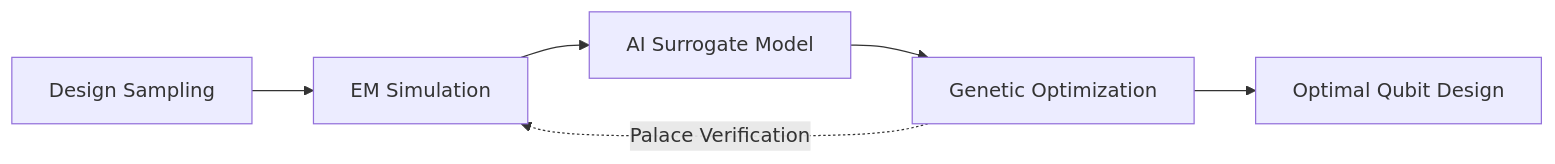
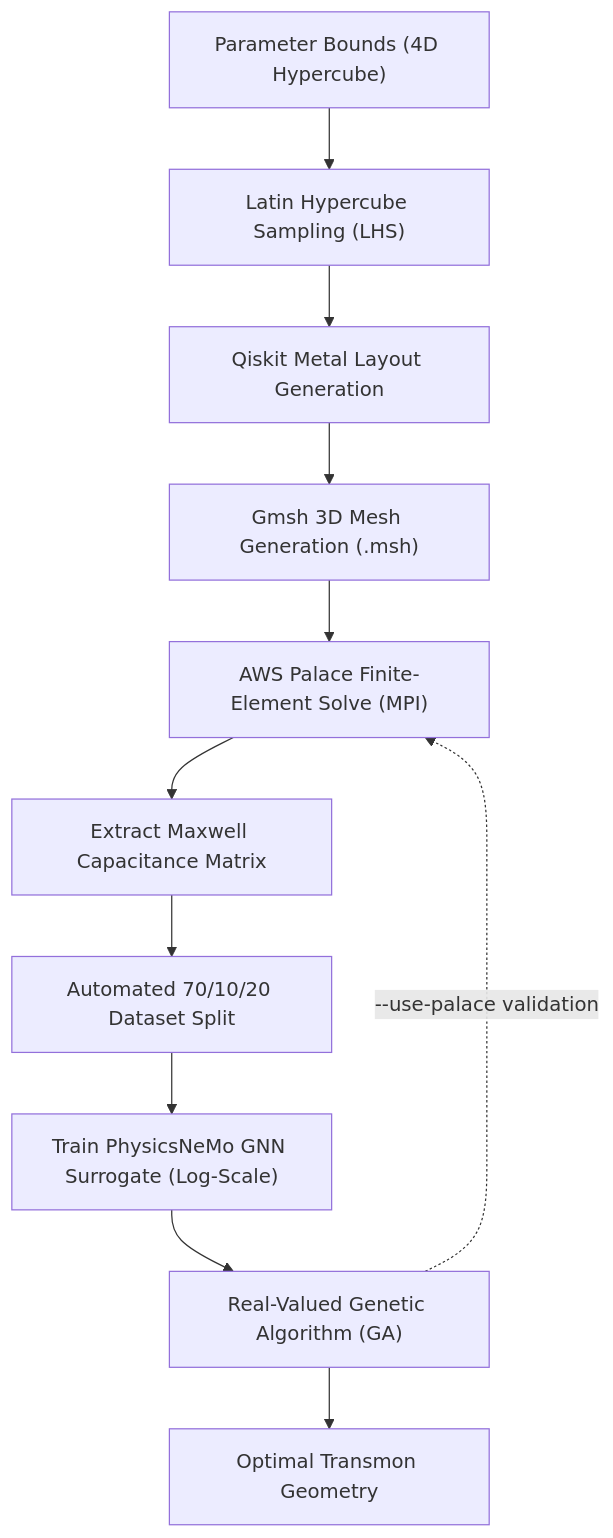
Before and after one commit to recursion2612/metal-flow: the diagram in Opt/Quantum_Opt_Pipeline/README.md, drawn with Mermaid. The commit also changed other lines of this file and 6 other files, not shown here.

Commit message:
Fix transmon Ec capacitance extraction, add visualizer and sample recomputer

````diff
--- a/Opt/Quantum_Opt_Pipeline/README.md
+++ b/Opt/Quantum_Opt_Pipeline/README.md
@@ -34,8 +34,13 @@
 ```mermaid
-flowchart LR
-    A["Design Sampling"] --> B["EM Simulation"]
-    B --> C["AI Surrogate Model"]
-    C --> D["Genetic Optimization"]
-    D --> E["Optimal Qubit Design"]
-    D -.->|"Palace Verification"| B
+flowchart TD
+    A["Parameter Bounds (4D Hypercube)"] --> B["Latin Hypercube Sampling (LHS)"]
+    B --> C["Qiskit Metal Layout Generation"]
+    C --> D["Gmsh 3D Mesh Generation (.msh)"]
+    D --> E["AWS Palace Finite-Element Solve (MPI)"]
+    E --> F["Extract Maxwell Capacitance Matrix"]
+    F --> G["Automated 70/10/20 Dataset Split"]
+    G --> H["Train PhysicsNeMo GNN Surrogate (Log-Scale)"]
+    H --> I["Real-Valued Genetic Algorithm (GA)"]
+    I --> J["Optimal Transmon Geometry"]
+    I -.->|"--use-palace validation"| E
 ```
````
